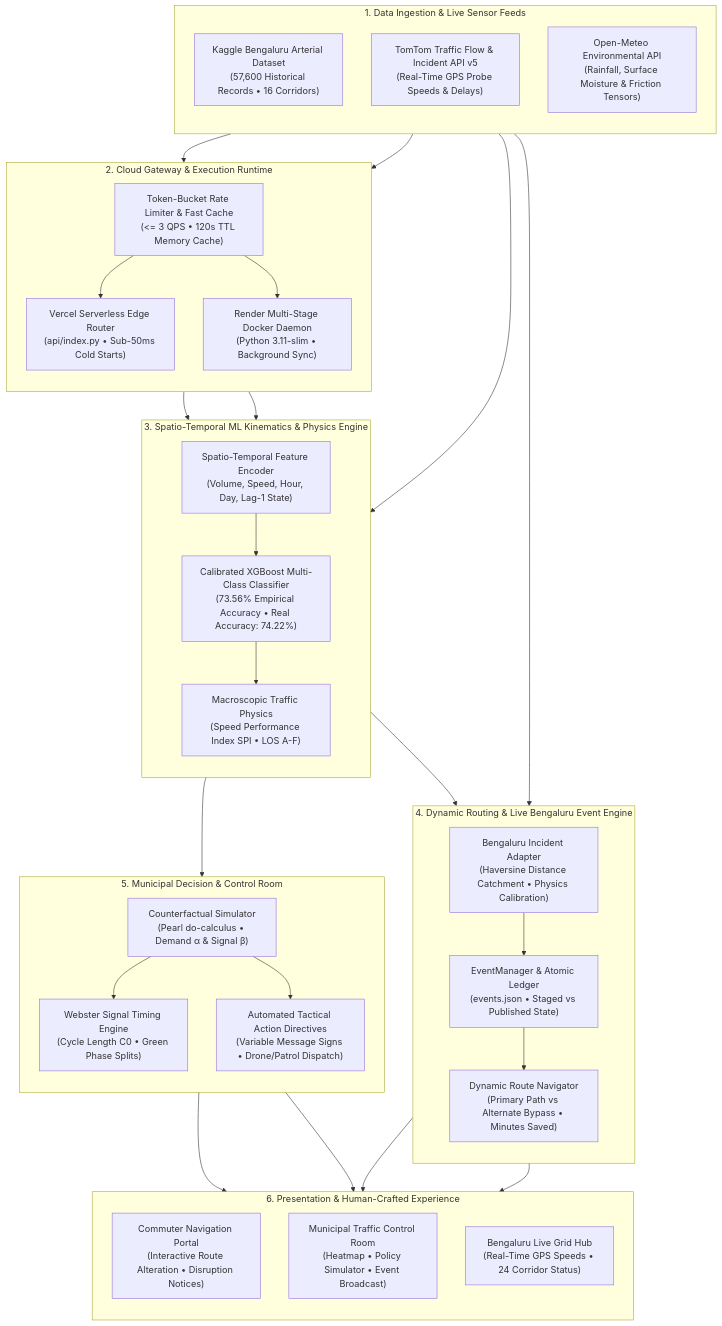
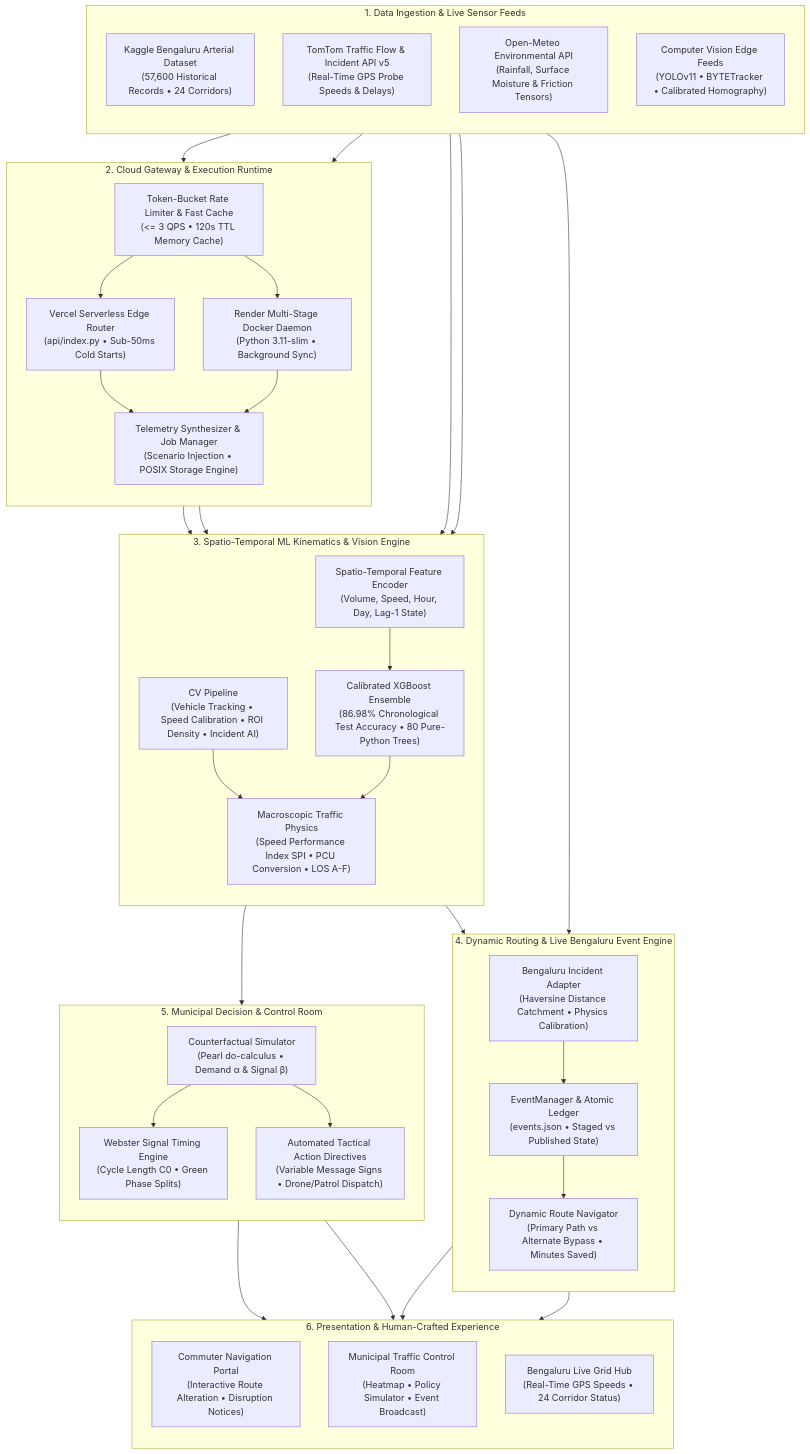
One commit to Adhithya-kn/smart-traffic-ai-prediction changed the diagram in architecture/SYSTEM_ARCHITECTURE_AND_FLOW.md. Above: the diagram before and after it, drawn with Mermaid. The commit also changed other lines of this file and 3 other files, not shown here.

Commit message:
docs: document dataset provenance, literature references, system architecture and artifacts catalog

````diff
--- a/architecture/SYSTEM_ARCHITECTURE_AND_FLOW.md
+++ b/architecture/SYSTEM_ARCHITECTURE_AND_FLOW.md
@@ -18,60 +18,66 @@
 ```mermaid
 flowchart TD
     subgraph S1 ["1. Data Ingestion & Live Sensor Feeds"]
         direction TB
-        Kaggle["Kaggle Bengaluru Arterial Dataset<br/>(57,600 Historical Records • 16 Corridors)"]
+        Kaggle["Kaggle Bengaluru Arterial Dataset<br/>(57,600 Historical Records • 24 Corridors)"]
         TomTom["TomTom Traffic Flow & Incident API v5<br/>(Real-Time GPS Probe Speeds & Delays)"]
         Weather["Open-Meteo Environmental API<br/>(Rainfall, Surface Moisture & Friction Tensors)"]
+        Vision["Computer Vision Edge Feeds<br/>(YOLOv11 • BYTETracker • Calibrated Homography)"]
     end
 
     subgraph S2 ["2. Cloud Gateway & Execution Runtime"]
         direction TB
         VercelEdge["Vercel Serverless Edge Router<br/>(api/index.py • Sub-50ms Cold Starts)"]
         RenderContainer["Render Multi-Stage Docker Daemon<br/>(Python 3.11-slim • Background Sync)"]
         TokenBucket["Token-Bucket Rate Limiter & Fast Cache<br/>(<= 3 QPS • 120s TTL Memory Cache)"]
+        Synthesizer["Telemetry Synthesizer & Job Manager<br/>(Scenario Injection • POSIX Storage Engine)"]
     end
 
-    subgraph S3 ["3. Spatio-Temporal ML Kinematics & Physics Engine"]
+    subgraph S3 ["3. Spatio-Temporal ML Kinematics & Vision Engine"]
         direction TB
         FeaturePipeline["Spatio-Temporal Feature Encoder<br/>(Volume, Speed, Hour, Day, Lag-1 State)"]
-        XGBModel["Calibrated XGBoost Multi-Class Classifier<br/>(73.56% Empirical Accuracy • Real Accuracy: 74.22%)"]
-        Physics["Macroscopic Traffic Physics<br/>(Speed Performance Index SPI • LOS A-F)"]
+        XGBModel["Calibrated XGBoost Ensemble<br/>(86.98% Chronological Test Accuracy • 80 Pure-Python Trees)"]
+        Physics["Macroscopic Traffic Physics<br/>(Speed Performance Index SPI • PCU Conversion • LOS A-F)"]
+        VisionPipeline["CV Pipeline<br/>(Vehicle Tracking • Speed Calibration • ROI Density • Incident AI)"]
     end
 
     subgraph S4 ["4. Dynamic Routing & Live Bengaluru Event Engine"]
         direction TB
         EventMgr["EventManager & Atomic Ledger<br/>(events.json • Staged vs Published State)"]
         IncidentAdapter["Bengaluru Incident Adapter<br/>(Haversine Distance Catchment • Physics Calibration)"]
         Navigator["Dynamic Route Navigator<br/>(Primary Path vs Alternate Bypass • Minutes Saved)"]
     end
 
     subgraph S5 ["5. Municipal Decision & Control Room"]
         direction TB
         Counterfactual["Counterfactual Simulator<br/>(Pearl do-calculus • Demand α & Signal β)"]
         Webster["Webster Signal Timing Engine<br/>(Cycle Length C0 • Green Phase Splits)"]
         Directives["Automated Tactical Action Directives<br/>(Variable Message Signs • Drone/Patrol Dispatch)"]
     end
 
     subgraph S6 ["6. Presentation & Human-Crafted Experience"]
         direction TB
         CommuterPortal["Commuter Navigation Portal<br/>(Interactive Route Alteration • Disruption Notices)"]
         AuthorityConsole["Municipal Traffic Control Room<br/>(Heatmap • Policy Simulator • Event Broadcast)"]
         LiveHub["Bengaluru Live Grid Hub<br/>(Real-Time GPS Speeds • 24 Corridor Status)"]
     end
 
     Kaggle --> FeaturePipeline
     TomTom --> TokenBucket
     Weather --> TokenBucket
+    Vision --> VisionPipeline
     TokenBucket --> VercelEdge & RenderContainer
     VercelEdge & RenderContainer --> FeaturePipeline
+    VercelEdge & RenderContainer --> Synthesizer
     FeaturePipeline --> XGBModel
+    VisionPipeline --> Physics
     XGBModel --> Physics
     Physics --> Navigator
     TomTom --> IncidentAdapter
     IncidentAdapter --> EventMgr
     EventMgr --> Navigator
     XGBModel --> Counterfactual
     Counterfactual --> Webster & Directives
     Navigator --> CommuterPortal & LiveHub
     Webster & Directives --> AuthorityConsole
 ```
````
